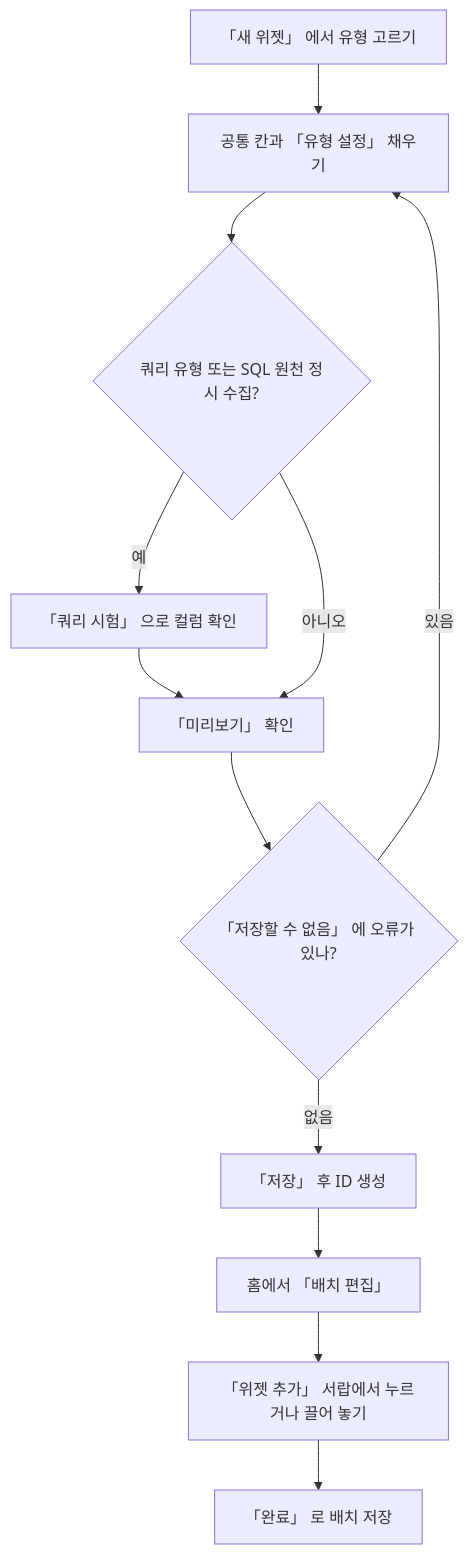
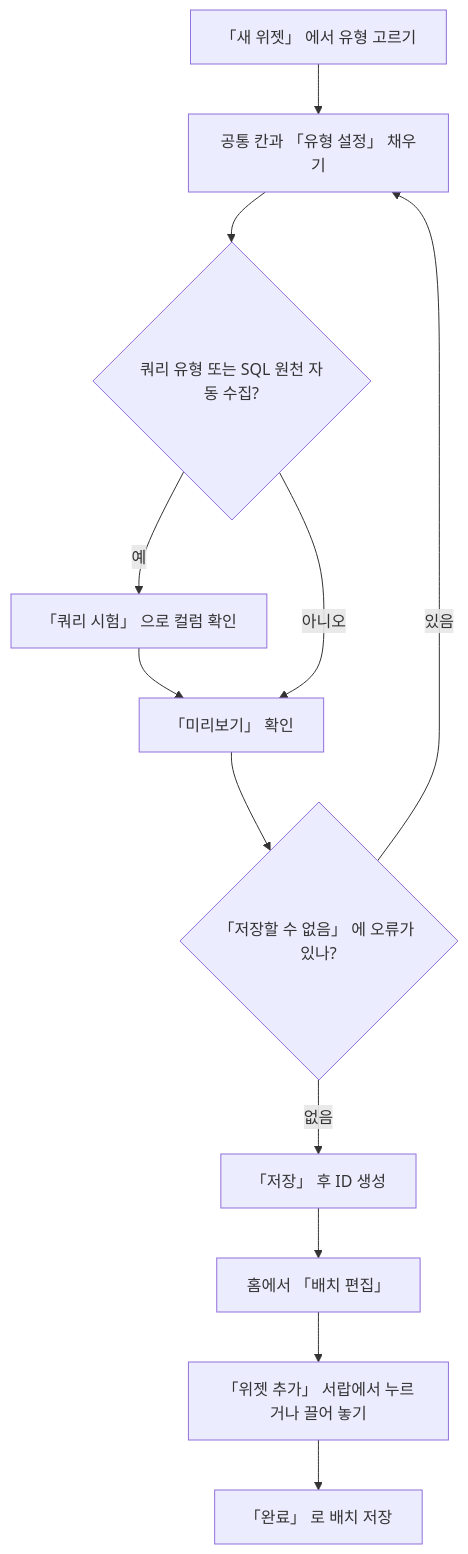
The second of 7 diagrams in docs/guide/FrontEnd/Widget-Authoring-Guide.md (jongik-sv/dmes-standard), drawn with Mermaid before and after one commit. The commit also changed other lines of this file and 19 other files, not shown here.

````diff
--- a/docs/guide/FrontEnd/Widget-Authoring-Guide.md
+++ b/docs/guide/FrontEnd/Widget-Authoring-Guide.md
@@ -66,9 +66,9 @@
 ```mermaid
 flowchart TB
-  A["「새 위젯」 에서 유형 고르기"] --> B["공통 칸과 「유형 설정」 채우기"] --> T{"쿼리 유형 또는 SQL 원천 정시 수집?"}
+  A["「새 위젯」 에서 유형 고르기"] --> B["공통 칸과 「유형 설정」 채우기"] --> T{"쿼리 유형 또는 SQL 원천 자동 수집?"}
   T -->|"예"| Q["「쿼리 시험」 으로 컬럼 확인"] --> P["「미리보기」 확인"]
   T -->|"아니오"| P
   P --> E{"「저장할 수 없음」 에 오류가 있나?"}
   E -->|"있음"| B
   E -->|"없음"| S["「저장」 후 ID 생성"] --> H["홈에서 「배치 편집」"] --> K["「위젯 추가」 서랍에서 누르거나 끌어 놓기"] --> DONE["「완료」 로 배치 저장"]
 ```
````
